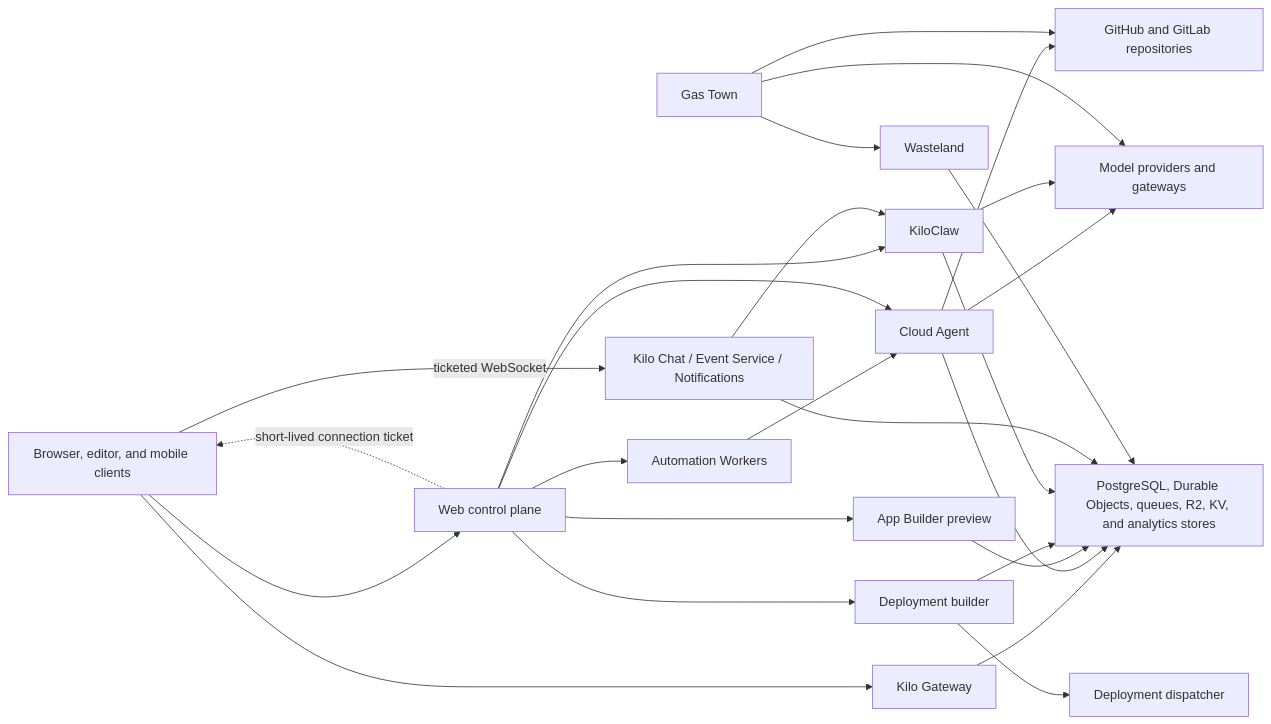
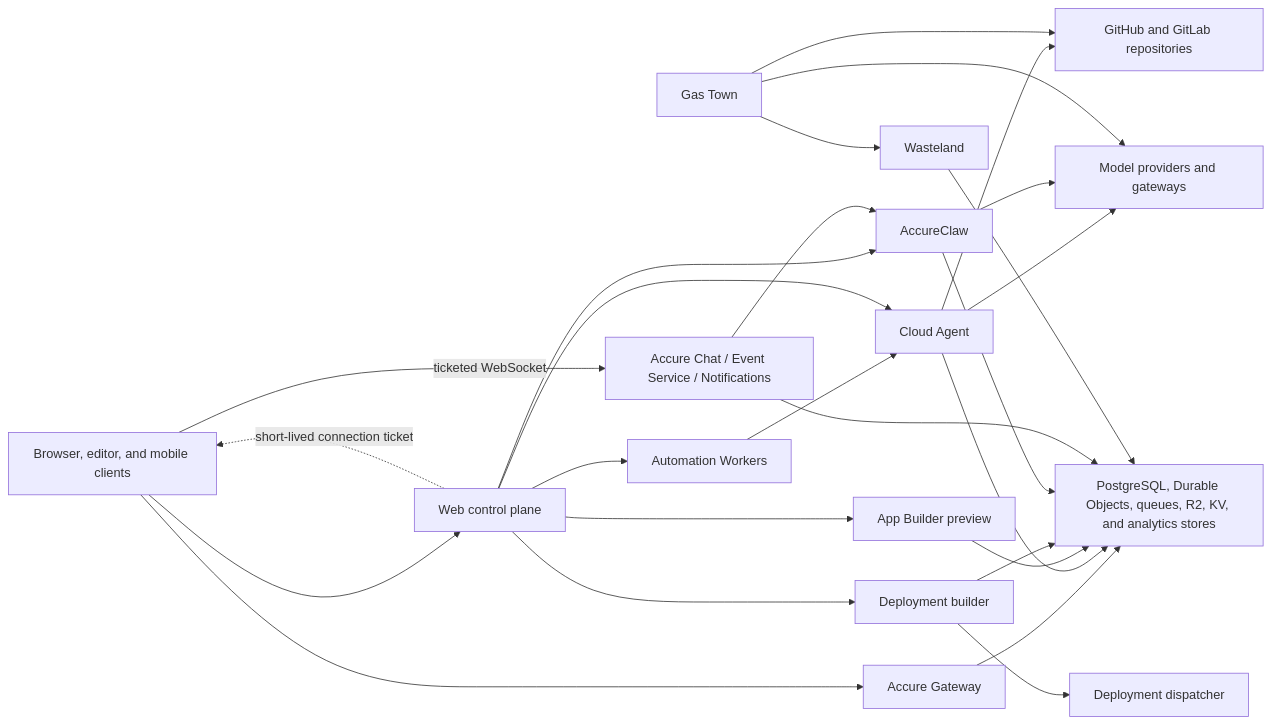
The first of 7 diagrams in packages/accure-docs/pages/contributing/architecture/cloud-platform.md (Accure-Inc/accure-code), drawn with Mermaid before and after one commit. The commit also changed other lines of this file and 2711 other files, not shown here.

Commit message:
feat: initialize core workspace architecture and component configuration

````diff
--- a/packages/accure-docs/pages/contributing/architecture/cloud-platform.md
+++ b/packages/accure-docs/pages/contributing/architecture/cloud-platform.md
@@ -45,42 +45,42 @@
 ```mermaid
 flowchart LR
   clients["Browser, editor, and mobile clients"]
   web["Web control plane"]
-  gateway["Kilo Gateway"]
+  gateway["Accure Gateway"]
   automation["Automation Workers"]
   agent["Cloud Agent"]
   preview["App Builder preview"]
   deployBuilder["Deployment builder"]
   deployEdge["Deployment dispatcher"]
-  claw["KiloClaw"]
-  chat["Kilo Chat / Event Service / Notifications"]
+  claw["AccureClaw"]
+  chat["Accure Chat / Event Service / Notifications"]
   town["Gas Town"]
   wasteland["Wasteland"]
   repos["GitHub and GitLab repositories"]
   providers["Model providers and gateways"]
   stores["PostgreSQL, Durable Objects, queues, R2, KV, and analytics stores"]
 
   clients --> web
   clients --> gateway
   web -. "short-lived connection ticket" .-> clients
   clients -->|"ticketed WebSocket"| chat
   web --> automation --> agent
   web --> agent
   web --> preview
   web --> deployBuilder --> deployEdge
   web --> claw
   chat --> claw
   agent --> repos
   agent --> providers
   claw --> providers
   town --> repos
   town --> providers
   town --> wasteland
   gateway --> stores
   agent --> stores
   preview --> stores
   deployBuilder --> stores
   claw --> stores
   chat --> stores
   wasteland --> stores
 ```
````
